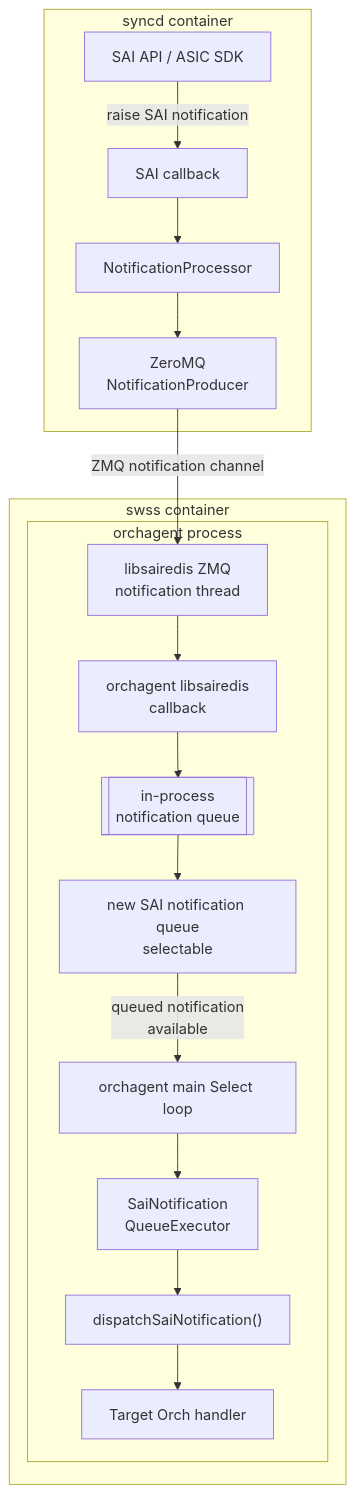
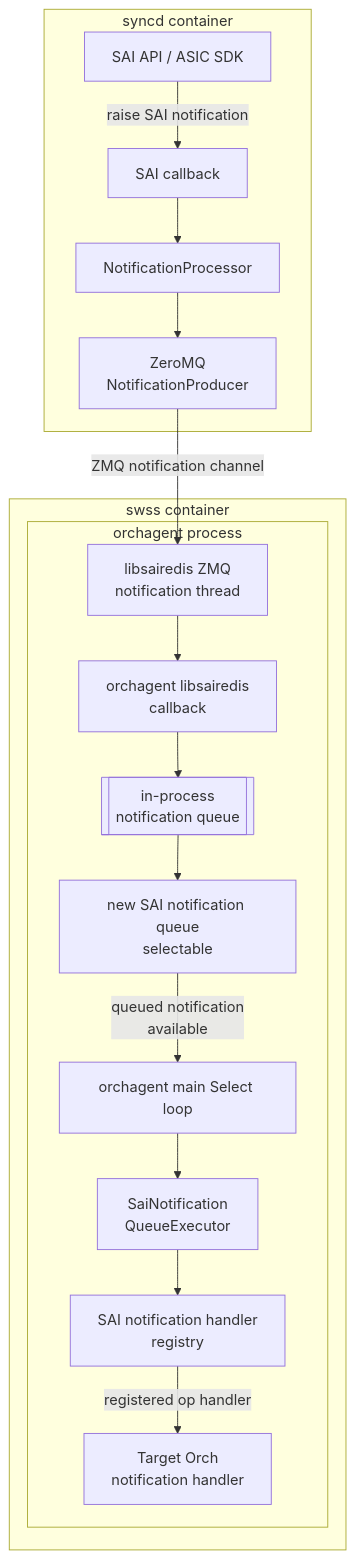
Before and after one commit to sonic-net/sonic-buildimage: the fifth of 11 diagrams in hld/zmq-southbound-sai-notification-handling.md, drawn with Mermaid. The commit also changed other lines of this file, not shown here.

First line of the commit message:
Update ZMQ SAI notification Option 3 HLD

````diff
--- a/hld/zmq-southbound-sai-notification-handling.md
+++ b/hld/zmq-southbound-sai-notification-handling.md
@@ -337,35 +331,35 @@
 ```mermaid
 flowchart TD
     subgraph syncdContainer["syncd container"]
         saiApi["SAI API / ASIC SDK"]
         syncdCallback["SAI callback"]
         notificationProcessor["NotificationProcessor"]
         zmqProducer["ZeroMQ<br/>NotificationProducer"]
     end
 
     subgraph swssContainer["swss container"]
         subgraph orchagentProcess["orchagent process"]
             zmqThread["libsairedis ZMQ<br/>notification thread"]
             saiCallback["orchagent libsairedis<br/>callback"]
             notificationQueue[["in-process<br/>notification queue"]]
             selectableEvent["new SAI notification queue<br/>selectable"]
             mainLoop["orchagent main Select loop"]
             queueExecutor["SaiNotification<br/>QueueExecutor"]
-            dispatcher["dispatchSaiNotification()"]
-            orchHandler["Target Orch handler"]
+            dispatcher["SAI notification handler<br/>registry"]
+            orchHandler["Target Orch<br/>notification handler"]
         end
     end
 
     saiApi -->|"raise SAI notification"| syncdCallback
     syncdCallback --> notificationProcessor
     notificationProcessor --> zmqProducer
     zmqProducer -->|"ZMQ notification channel"| zmqThread
     zmqThread --> saiCallback
 
     saiCallback --> notificationQueue
     notificationQueue --> selectableEvent
     selectableEvent -->|"queued notification<br/>available"| mainLoop
     mainLoop --> queueExecutor
     queueExecutor --> dispatcher
-    dispatcher --> orchHandler
+    dispatcher -->|"registered op handler"| orchHandler
 ```
````
